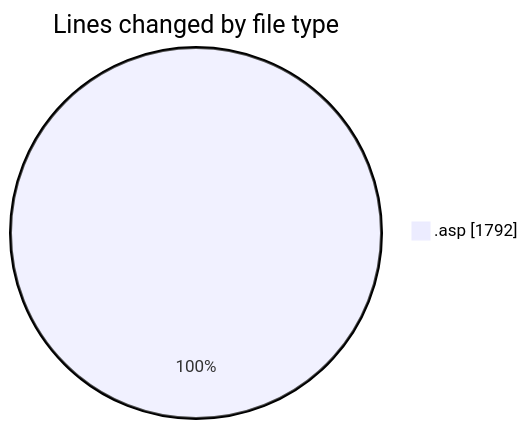
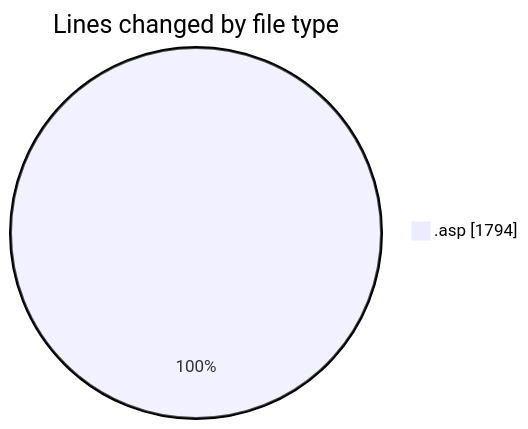
The first of 2 diagrams in 2025-11-26/cdp_aleoudev_fr__workspace_/README.md (julien-gomy/code-tracking), drawn with Mermaid before and after one commit. The commit also changed other lines of this file and 1 other file, not shown here.

````diff
--- a/2025-11-26/cdp_aleoudev_fr__workspace_/README.md
+++ b/2025-11-26/cdp_aleoudev_fr__workspace_/README.md
@@ -21,5 +21,5 @@
 ```mermaid
 pie showData
 title Lines changed by file type
-".asp" : 1792
+".asp" : 1794
 ```
````
